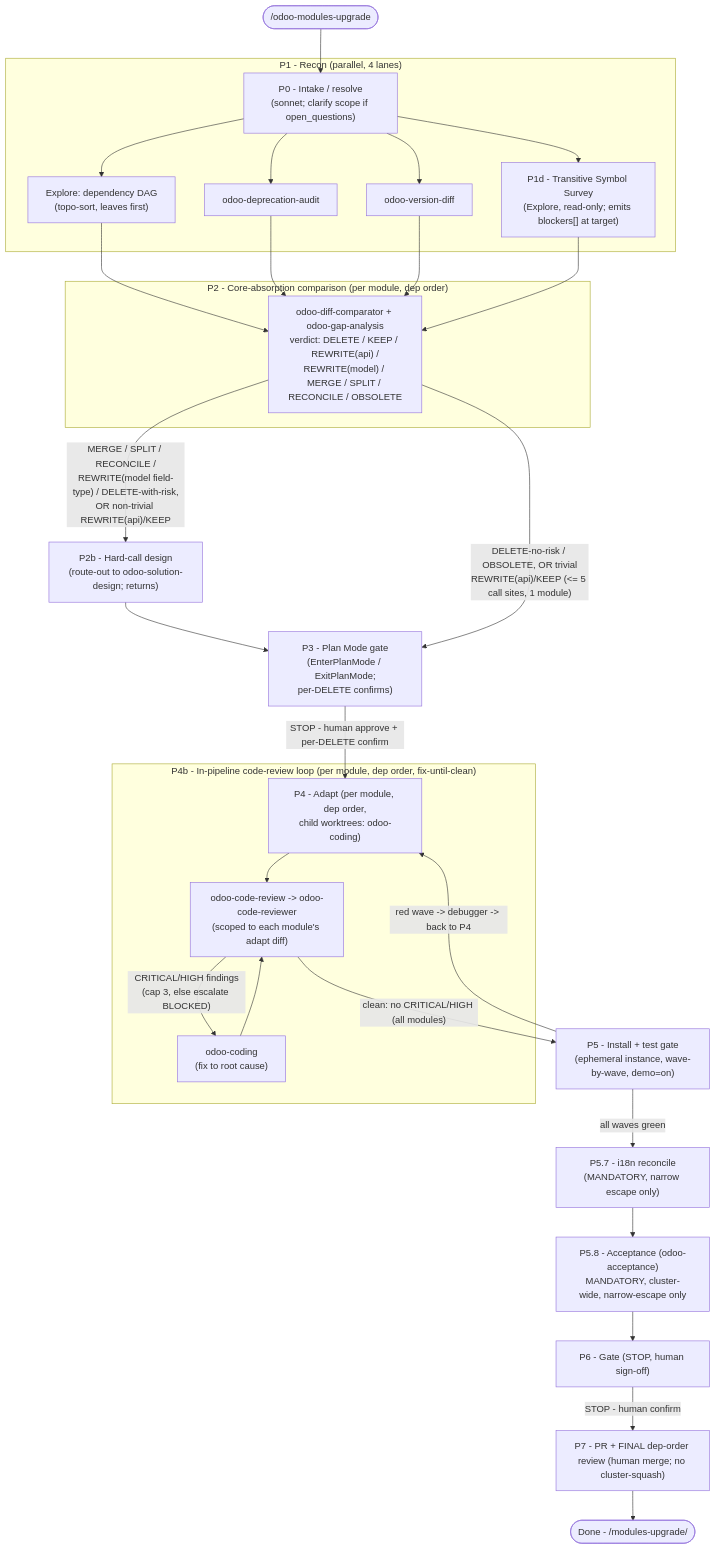
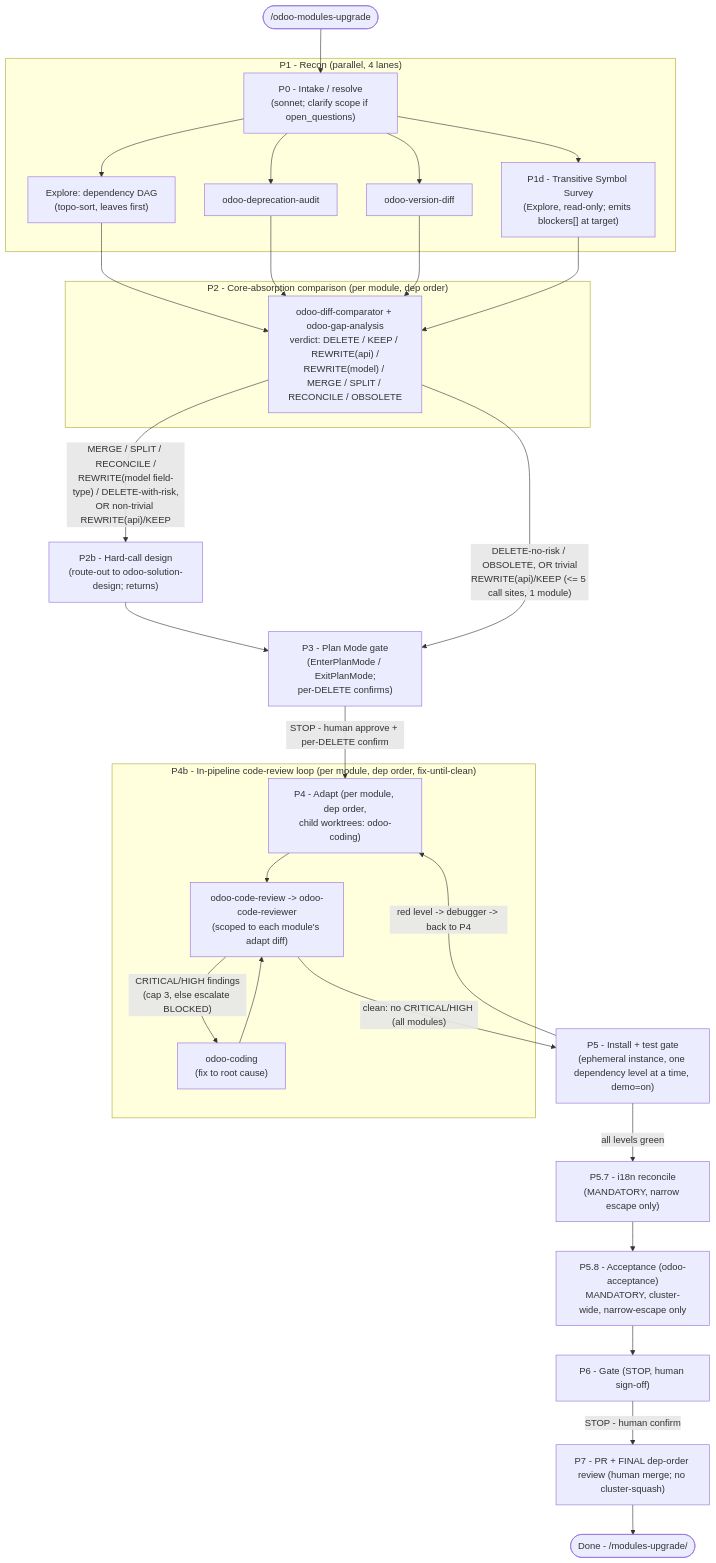
Before and after one commit to Viindoo/odoo-mcp-client: the seventh of 9 diagrams in plugins/odoo-ai-agents/README.md, drawn with Mermaid. The commit also changed other lines of this file and 125 other files, not shown here.

````diff
--- a/plugins/odoo-ai-agents/README.md
+++ b/plugins/odoo-ai-agents/README.md
@@ -527,38 +529,38 @@
 ```mermaid
 flowchart TD
     START(["/odoo-modules-upgrade"])
     START --> P0["P0 - Intake / resolve<br/>(sonnet; clarify scope if open_questions)"]
 
     subgraph P1_grp["P1 - Recon (parallel, 4 lanes)"]
         P0 --> R1["Explore: dependency DAG<br/>(topo-sort, leaves first)"]
         P0 --> R2["odoo-deprecation-audit"]
         P0 --> R3["odoo-version-diff"]
         P0 --> R4["P1d - Transitive Symbol Survey<br/>(Explore, read-only; emits blockers[] at target)"]
     end
 
     subgraph P2_grp["P2 - Core-absorption comparison (per module, dep order)"]
         R1 --> CMP["odoo-diff-comparator + odoo-gap-analysis<br/>verdict: DELETE / KEEP / REWRITE(api) /<br/>REWRITE(model) / MERGE / SPLIT / RECONCILE / OBSOLETE"]
     end
     R2 --> CMP
     R3 --> CMP
     R4 --> CMP
 
     CMP -->|"MERGE / SPLIT / RECONCILE /<br/>REWRITE(model field-type) / DELETE-with-risk,<br/>OR non-trivial REWRITE(api)/KEEP"| P2b["P2b - Hard-call design<br/>(route-out to odoo-solution-design; returns)"]
     P2b --> P3_gate
     CMP -->|"DELETE-no-risk / OBSOLETE, OR trivial<br/>REWRITE(api)/KEEP (<= 5 call sites, 1 module)"| P3_gate["P3 - Plan Mode gate<br/>(EnterPlanMode / ExitPlanMode;<br/>per-DELETE confirms)"]
     P3_gate -->|"STOP - human approve + per-DELETE confirm"| P4["P4 - Adapt (per module, dep order,<br/>child worktrees: odoo-coding)"]
 
     subgraph P4b_grp["P4b - In-pipeline code-review loop (per module, dep order, fix-until-clean)"]
         P4 --> RV["odoo-code-review -> odoo-code-reviewer<br/>(scoped to each module's adapt diff)"]
         RV -->|"CRITICAL/HIGH findings<br/>(cap 3, else escalate BLOCKED)"| FX["odoo-coding<br/>(fix to root cause)"]
         FX --> RV
     end
 
-    RV -->|"clean: no CRITICAL/HIGH (all modules)"| P5["P5 - Install + test gate<br/>(ephemeral instance, wave-by-wave, demo=on)"]
-    P5 -->|"red wave -> debugger -> back to P4"| P4
-    P5 -->|"all waves green"| P57["P5.7 - i18n reconcile<br/>(MANDATORY, narrow escape only)"]
+    RV -->|"clean: no CRITICAL/HIGH (all modules)"| P5["P5 - Install + test gate<br/>(ephemeral instance, one dependency level at a time, demo=on)"]
+    P5 -->|"red level -> debugger -> back to P4"| P4
+    P5 -->|"all levels green"| P57["P5.7 - i18n reconcile<br/>(MANDATORY, narrow escape only)"]
     P57 --> P58["P5.8 - Acceptance (odoo-acceptance)<br/>MANDATORY, cluster-wide, narrow-escape only"]
     P58 --> P6["P6 - Gate (STOP, human sign-off)"]
     P6 -->|"STOP - human confirm"| P7["P7 - PR + FINAL dep-order review (human merge; no cluster-squash)"]
     P7 --> DONE(["Done - <ISOLATE_DIR>/modules-upgrade/"])
 ```
````
